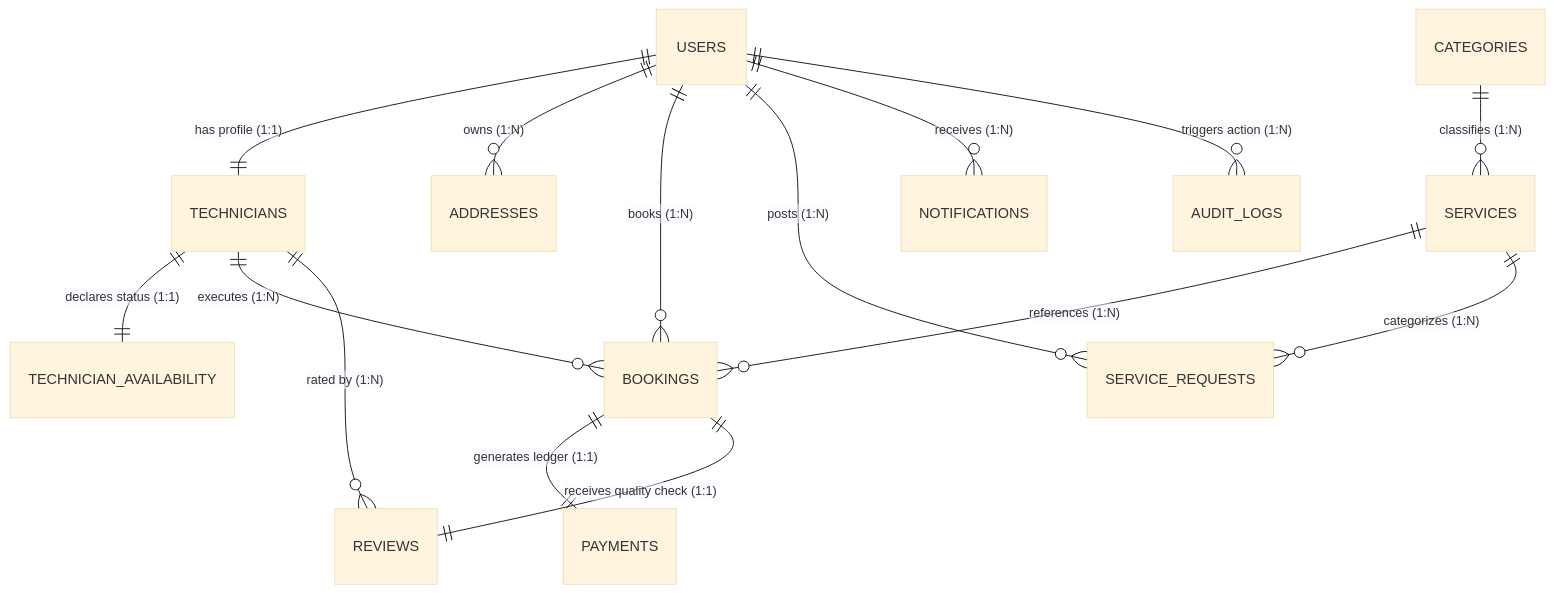
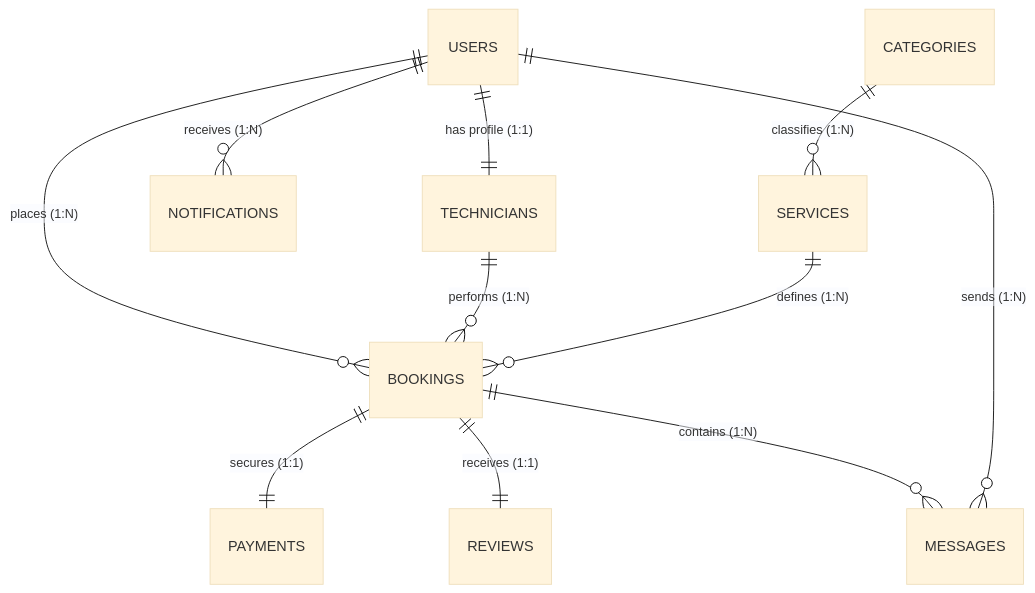
Before and after one commit to ananthamanvitha9-oss/home-hero: the diagram in docs/database/database-design.md, drawn with Mermaid (base theme). The commit also changed other lines of this file and 22 other files, not shown here.

````diff
--- a/docs/database/database-design.md
+++ b/docs/database/database-design.md
@@ -13,20 +33,13 @@
 ```mermaid
 erDiagram
     USERS ||--|| TECHNICIANS : "has profile (1:1)"
-    USERS ||--o{ ADDRESSES : "owns (1:N)"
-    USERS ||--o{ BOOKINGS : "books (1:N)"
-    USERS ||--o{ SERVICE_REQUESTS : "posts (1:N)"
+    USERS ||--o{ BOOKINGS : "places (1:N)"
+    TECHNICIANS ||--o{ BOOKINGS : "performs (1:N)"
+    BOOKINGS ||--|| PAYMENTS : "secures (1:1)"
+    BOOKINGS ||--|| REVIEWS : "receives (1:1)"
+    BOOKINGS ||--o{ MESSAGES : "contains (1:N)"
+    USERS ||--o{ MESSAGES : "sends (1:N)"
     USERS ||--o{ NOTIFICATIONS : "receives (1:N)"
-    USERS ||--o{ AUDIT_LOGS : "triggers action (1:N)"
-
-    TECHNICIANS ||--|| TECHNICIAN_AVAILABILITY : "declares status (1:1)"
-    TECHNICIANS ||--o{ BOOKINGS : "executes (1:N)"
-    TECHNICIANS ||--o{ REVIEWS : "rated by (1:N)"
-
     CATEGORIES ||--o{ SERVICES : "classifies (1:N)"
-    SERVICES ||--o{ BOOKINGS : "references (1:N)"
-    SERVICES ||--o{ SERVICE_REQUESTS : "categorizes (1:N)"
-
-    BOOKINGS ||--|| PAYMENTS : "generates ledger (1:1)"
-    BOOKINGS ||--|| REVIEWS : "receives quality check (1:1)"
+    SERVICES ||--o{ BOOKINGS : "defines (1:N)"
 ```
````
